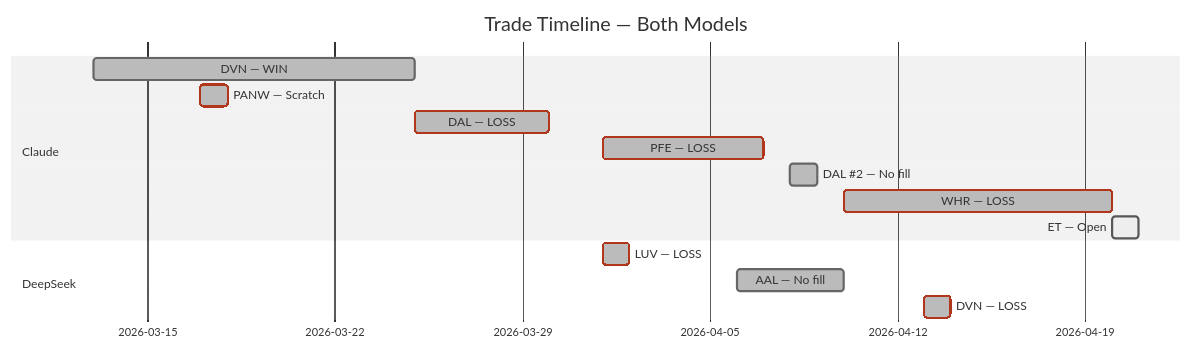
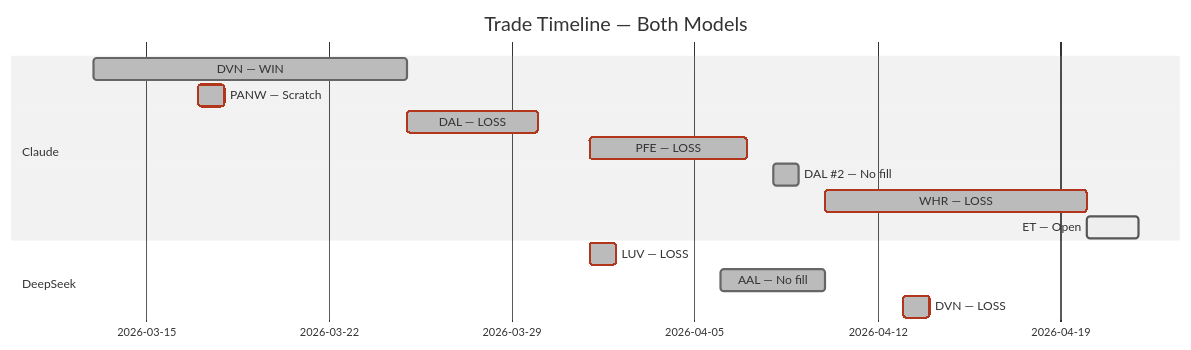
Before and after one commit to zachisit/ai-auto-buy-thesis: the fifth of 5 diagrams in README.md, drawn with Mermaid (neutral theme). The commit also changed other lines of this file and 2 other files, not shown here.

````diff
--- a/README.md
+++ b/README.md
@@ -62,17 +62,17 @@
 ```mermaid
 gantt
     title Trade Timeline — Both Models
     dateFormat YYYY-MM-DD
     section Claude
     DVN — WIN            :done,    2026-03-13, 2026-03-25
     PANW — Scratch       :crit, done, 2026-03-17, 2026-03-18
     DAL — LOSS           :crit, done, 2026-03-25, 2026-03-30
     PFE — LOSS           :crit, done, 2026-04-01, 2026-04-07
     DAL #2 — No fill     :done,    2026-04-08, 2026-04-09
     WHR — LOSS           :crit, done, 2026-04-10, 2026-04-20
-    ET — Open            :active,  2026-04-20, 2026-04-21
+    ET — Open            :active,  2026-04-20, 2026-04-22
     section DeepSeek
     LUV — LOSS           :crit, done, 2026-04-01, 2026-04-02
     AAL — No fill        :done,    2026-04-06, 2026-04-10
     DVN — LOSS           :crit, done, 2026-04-13, 2026-04-14
 ```
````
